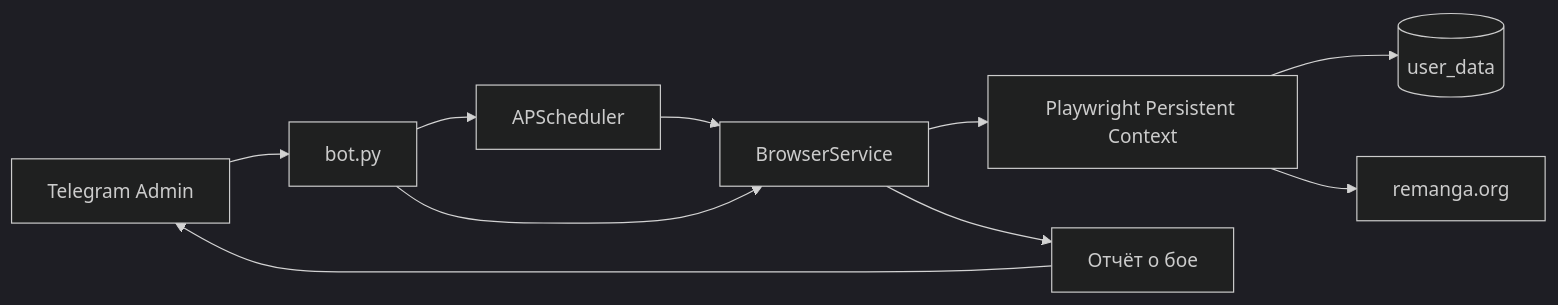
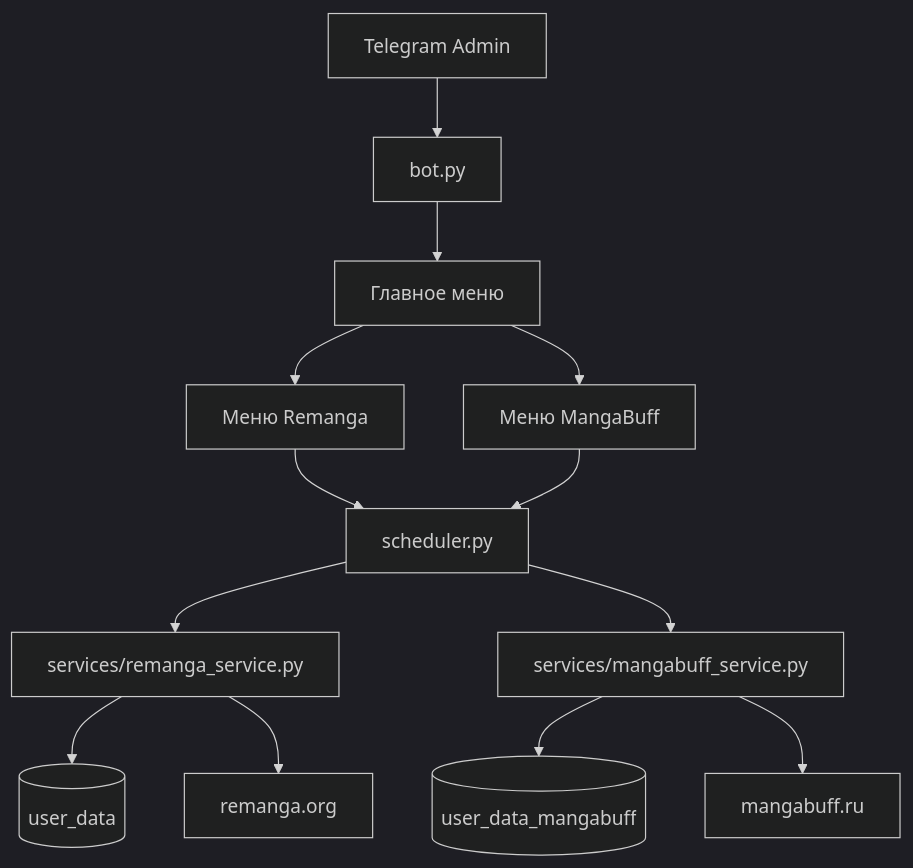
The diagram in remanga_autobattle/README.md (asto7996-maker/fpc-plugins), drawn with Mermaid (dark theme) before and after one commit. The commit also changed other lines of this file and 10 other files, not shown here.

First line of the commit message:
Add MangaBuff module with two-level Telegram menu

````diff
--- a/remanga_autobattle/README.md
+++ b/remanga_autobattle/README.md
@@ -98,12 +98,15 @@
 ```mermaid
-flowchart LR
+flowchart TB
   TG[Telegram Admin] --> Bot[bot.py]
-  Bot --> Sched[APScheduler]
-  Sched --> BS[BrowserService]
-  Bot --> BS
-  BS --> PC[Playwright Persistent Context]
-  PC --> UD[(user_data)]
-  PC --> RM[remanga.org]
-  BS --> Report[Отчёт о бое]
-  Report --> TG
+  Bot --> MainMenu[Главное меню]
+  MainMenu --> RemangaMenu[Меню Remanga]
+  MainMenu --> MBMenu[Меню MangaBuff]
+  RemangaMenu --> Sched[scheduler.py]
+  MBMenu --> Sched
+  Sched --> RS[services/remanga_service.py]
+  Sched --> MS[services/mangabuff_service.py]
+  RS --> UD1[(user_data)]
+  MS --> UD2[(user_data_mangabuff)]
+  RS --> Site1[remanga.org]
+  MS --> Site2[mangabuff.ru]
 ```
````
